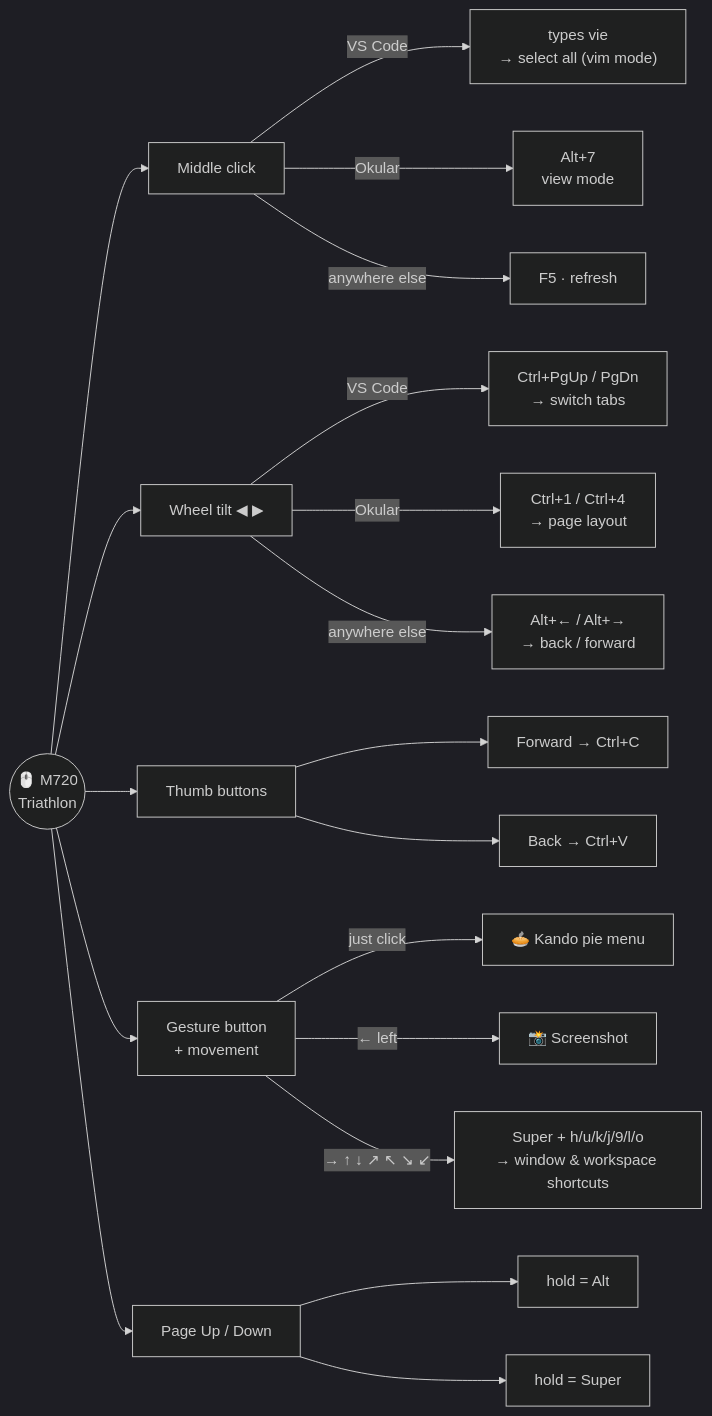
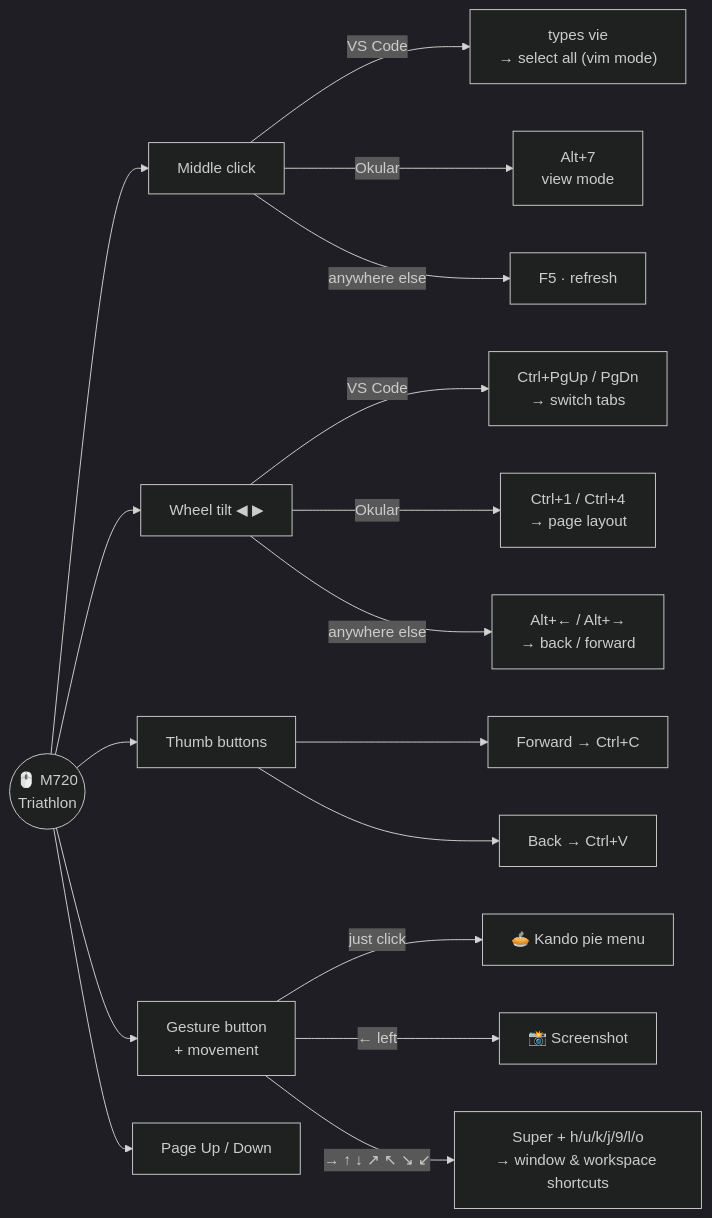
The second of 3 diagrams in README.md (Victor-0liveira/dotfiles), drawn with Mermaid (dark theme) before and after one commit.

````diff
--- a/README.md
+++ b/README.md
@@ -106,28 +106,26 @@
 ```mermaid
 flowchart LR
     M(("🖱️ M720<br/>Triathlon"))
 
     M --> MID["Middle click"]
     M --> TILT["Wheel tilt ◀ ▶"]
     M --> THUMB["Thumb buttons"]
     M --> GEST["Gesture button<br/>+ movement"]
     M --> PG["Page Up / Down"]
 
     MID -->|"VS Code"| V1["types vie<br/>→ select all (vim mode)"]
     MID -->|"Okular"| O1["Alt+7<br/>view mode"]
     MID -->|"anywhere else"| G1["F5 · refresh"]
 
     TILT -->|"VS Code"| V2["Ctrl+PgUp / PgDn<br/>→ switch tabs"]
     TILT -->|"Okular"| O2["Ctrl+1 / Ctrl+4<br/>→ page layout"]
     TILT -->|"anywhere else"| G2["Alt+← / Alt+→<br/>→ back / forward"]
 
     THUMB --> T1["Forward → Ctrl+C"]
     THUMB --> T2["Back → Ctrl+V"]
 
-    PG --> P1["hold = Alt"]
-    PG --> P2["hold = Super"]
 
     GEST -->|"just click"| K["🥧 Kando pie menu"]
     GEST -->|"← left"| S1["📸 Screenshot"]
     GEST -->|"→ ↑ ↓ ↗ ↖ ↘ ↙"| S2["Super + h/u/k/j/9/l/o<br/>→ window & workspace shortcuts"]
 ```
````
